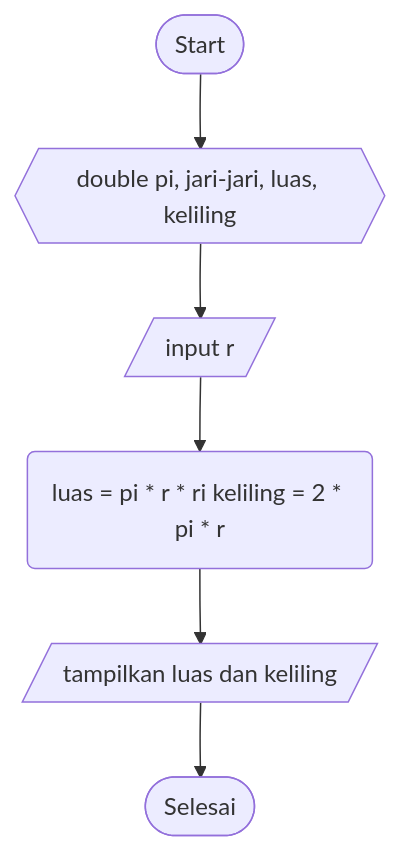
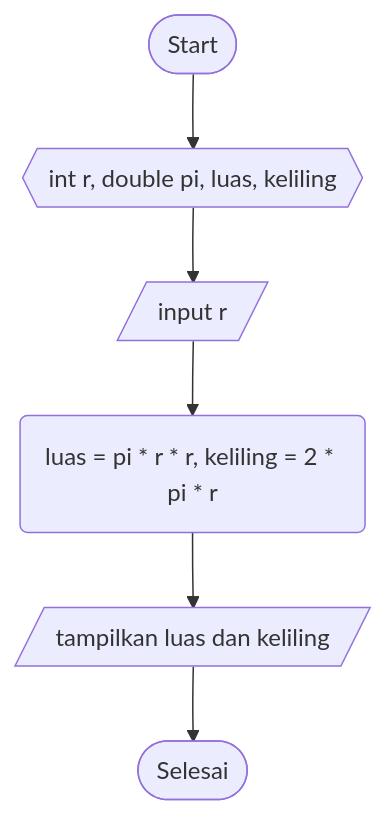
One commit to SATRIODIANNUGROHO/Sample2.1 changed the diagram in justforfun.md. Above: the diagram before and after it, drawn with Mermaid.

````diff
--- a/justforfun.md
+++ b/justforfun.md
@@ -1,8 +1,8 @@
 ```mermaid
 graph TD;
     A([Start])-->B{{int r, double pi, luas, keliling}};
-    B{{double pi, jari-jari, luas, keliling}}-->C[/input r/];
+    B{{int r, double pi, luas, keliling}}-->C[/input r/];
     C[/input r/]-->D(luas = pi * r * r, keliling = 2 * pi * r);
-    D(luas = pi * r * ri keliling = 2 * pi * r)-->E[/tampilkan luas dan keliling/];
+    D(luas = pi * r * r, keliling = 2 * pi * r)-->E[/tampilkan luas dan keliling/];
     E[/tampilkan luas dan keliling/]-->F([Selesai]);
 ```
````
